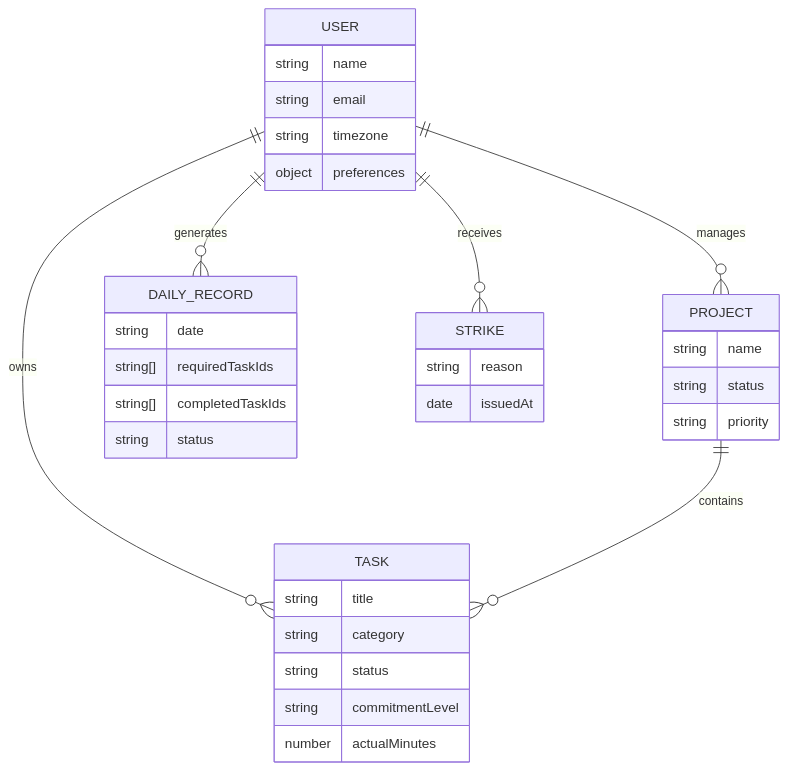
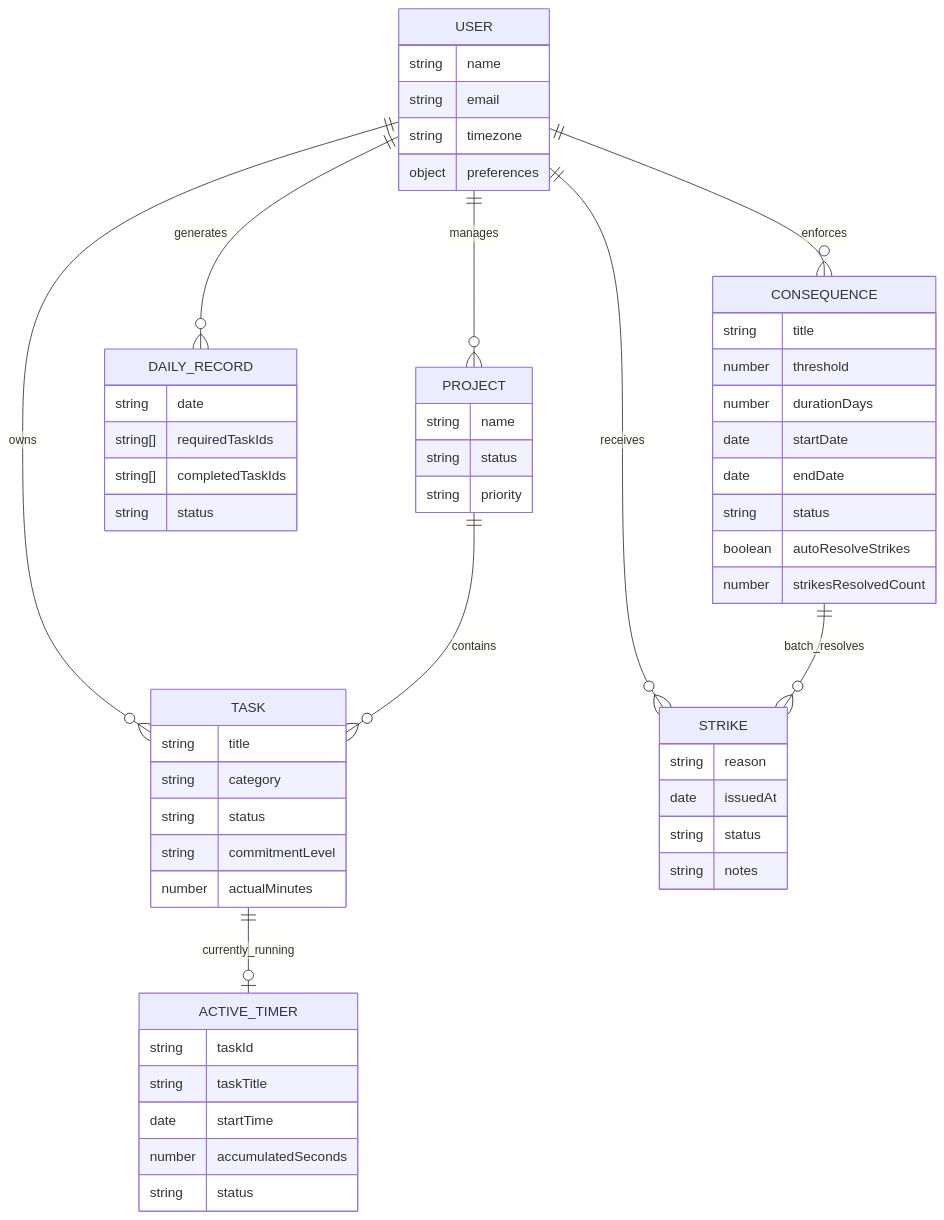
The second of 4 diagrams in notes.md (sudhanshu-SID/Get-It-Done), drawn with Mermaid before and after one commit. The commit also changed other lines of this file, not shown here.

Commit message:
docs: update notes.md with penalty tracker, batch strike resolution, and timer architecture

````diff
--- a/notes.md
+++ b/notes.md
@@ -134,37 +157,59 @@
 ```mermaid
 erDiagram
     USER {
         string name
         string email
         string timezone
         object preferences
     }
     PROJECT {
         string name
         string status
         string priority
     }
     TASK {
         string title
         string category
         string status
         string commitmentLevel
         number actualMinutes
     }
     DAILY_RECORD {
         string date
         string[] requiredTaskIds
         string[] completedTaskIds
         string status
     }
     STRIKE {
         string reason
         date issuedAt
+        string status
+        string notes
+    }
+    CONSEQUENCE {
+        string title
+        number threshold
+        number durationDays
+        date startDate
+        date endDate
+        string status
+        boolean autoResolveStrikes
+        number strikesResolvedCount
+    }
+    ACTIVE_TIMER {
+        string taskId
+        string taskTitle
+        date startTime
+        number accumulatedSeconds
+        string status
     }
     
     USER ||--o{ PROJECT : manages
     USER ||--o{ TASK : owns
     USER ||--o{ DAILY_RECORD : generates
     USER ||--o{ STRIKE : receives
+    USER ||--o{ CONSEQUENCE : enforces
     PROJECT ||--o{ TASK : contains
+    TASK ||--o| ACTIVE_TIMER : currently_running
+    CONSEQUENCE ||--o{ STRIKE : batch_resolves
 ```
````
